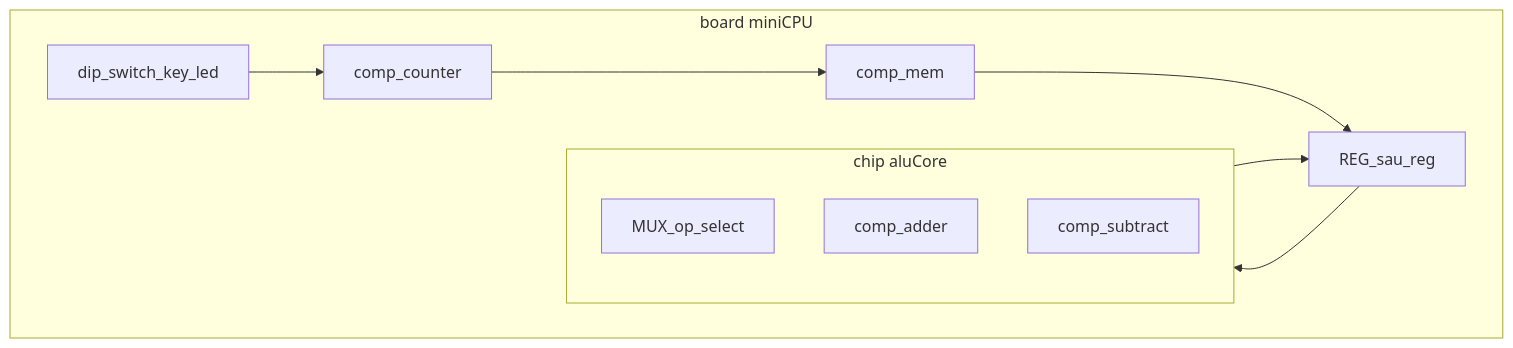
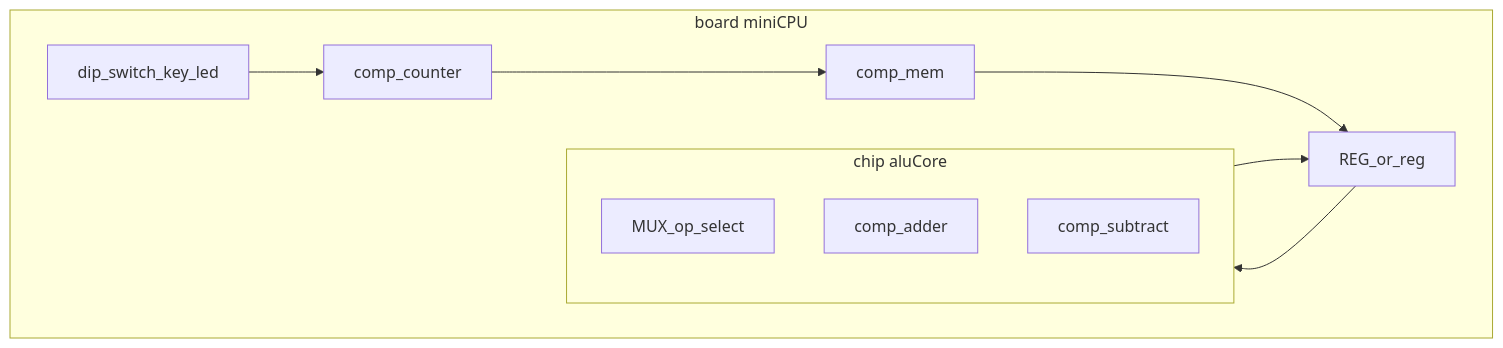
One commit to epsislow/logic-algebra-js changed the diagram in library/logTscript/v0_3_2/doc/mini-cpu-plan.md. Above: the diagram before and after it, drawn with Mermaid. The commit also changed other lines of this file and 4 other files, not shown here.

````diff
--- a/library/logTscript/v0_3_2/doc/mini-cpu-plan.md
+++ b/library/logTscript/v0_3_2/doc/mini-cpu-plan.md
@@ -26,19 +26,19 @@
 ```mermaid
 flowchart TB
   subgraph board [board miniCPU]
     UI[dip_switch_key_led]
     RAM[comp_mem]
     PC[comp_counter]
-    ACC[REG_sau_reg]
+    ACC[REG_or_reg]
     subgraph chipAlu [chip aluCore]
       MUX[MUX_op_select]
       ADD[comp_adder]
       SUB[comp_subtract]
     end
     UI --> PC
     PC --> RAM
     RAM --> ACC
     ACC --> chipAlu
     chipAlu --> ACC
   end
 ```
````
